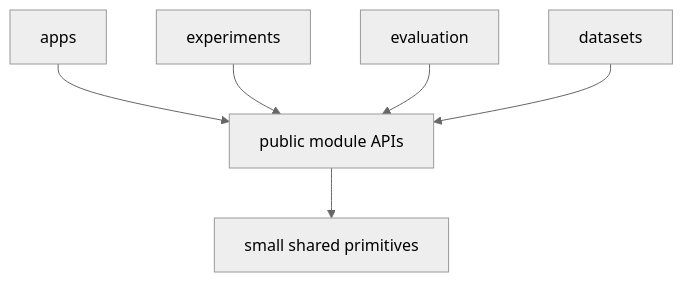
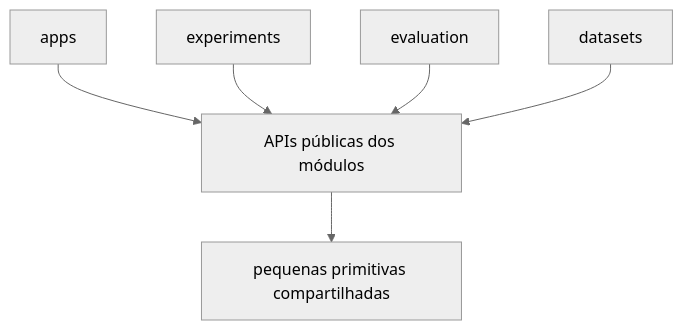
The diagram in docs/engineering-principles.md (Alexandre-Tortoza/contextual-3d-mapping), drawn with Mermaid (neutral theme) before and after one commit. The commit also changed other lines of this file and 279 other files, not shown here.

````diff
--- a/docs/engineering-principles.md
+++ b/docs/engineering-principles.md
@@ -297,8 +297,8 @@
 ```mermaid
 flowchart TD
-    Apps[apps] --> Modules[public module APIs]
+    Apps[apps] --> Modules[APIs públicas dos módulos]
     Experiments[experiments] --> Modules
     Evaluation[evaluation] --> Modules
     Datasets[datasets] --> Modules
-    Modules --> Shared[small shared primitives]
+    Modules --> Shared[pequenas primitivas compartilhadas]
 ```
````
